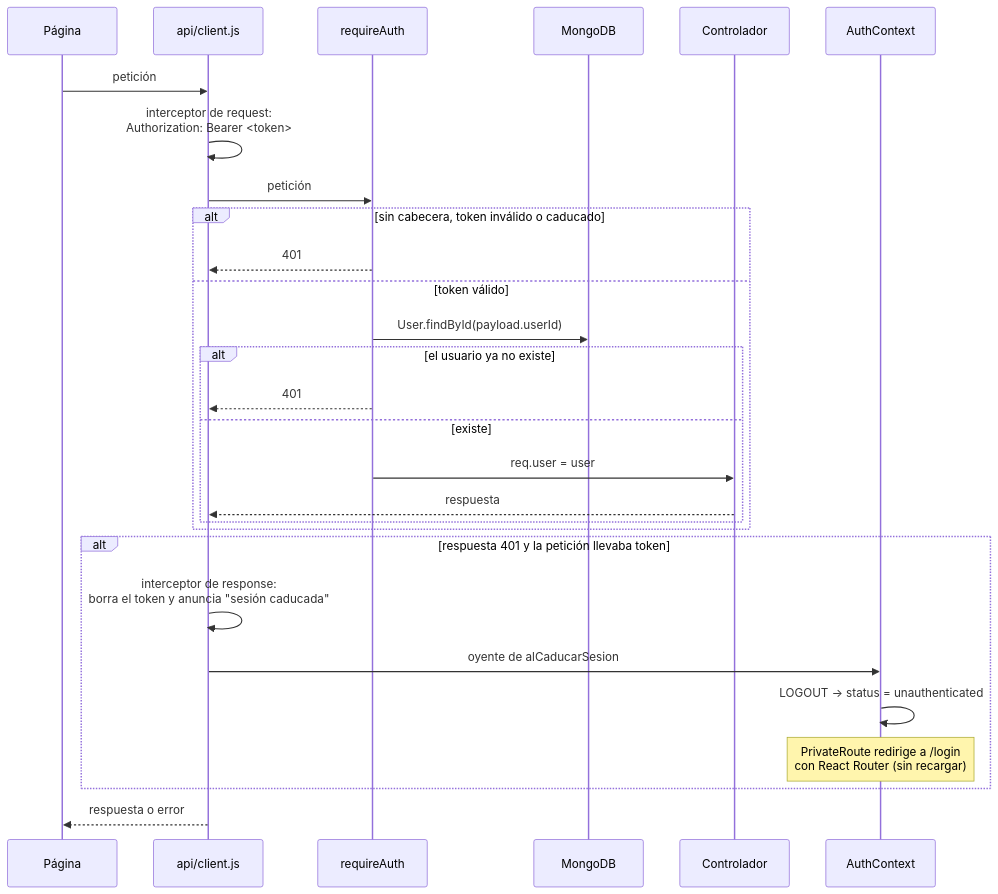
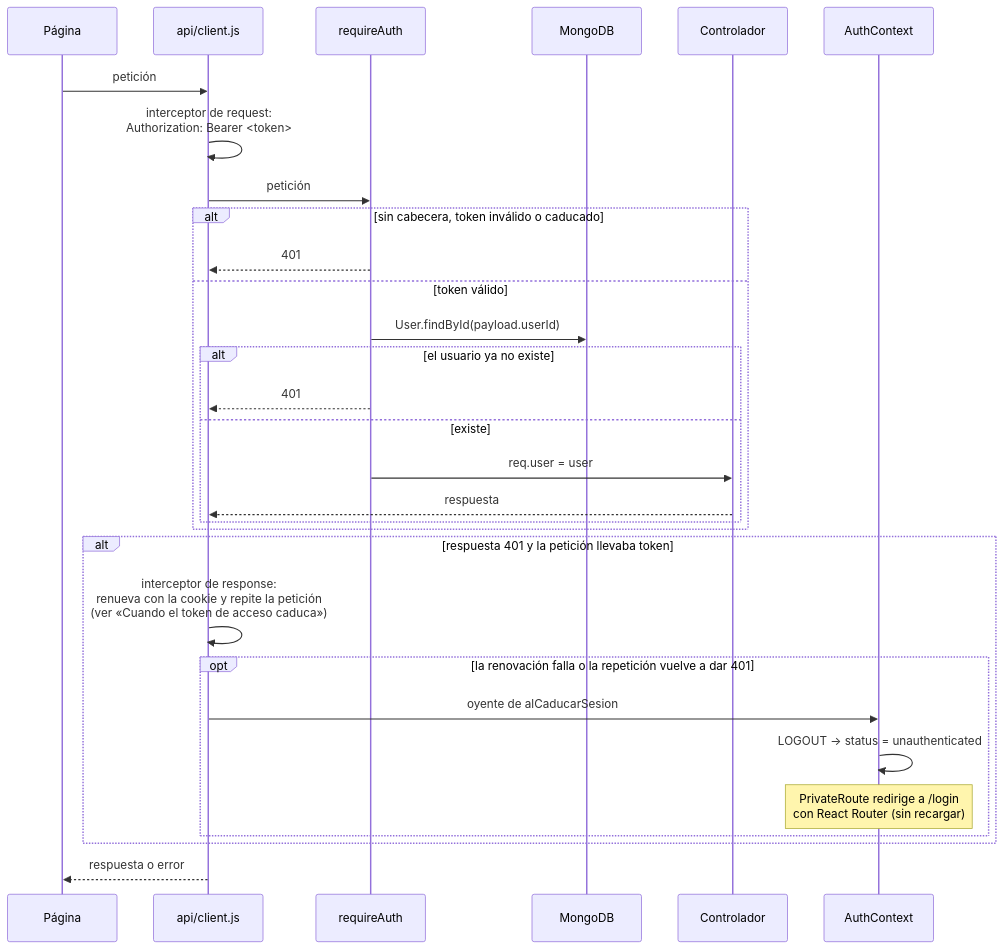
The third of 6 diagrams in docs/auth.md (daviddhernandez2/yieldfit), drawn with Mermaid before and after one commit. The commit also changed other lines of this file, not shown here.

Commit message:
docs(auth): actualiza los diagramas al token en memoria

````diff
--- a/docs/auth.md
+++ b/docs/auth.md
@@ -83,31 +83,33 @@
 ```mermaid
 sequenceDiagram
     participant P as Página
     participant AX as api/client.js
     participant RA as requireAuth
     participant DB as MongoDB
     participant C as Controlador
     participant CTX as AuthContext
 
     P->>AX: petición
     AX->>AX: interceptor de request:<br/>Authorization: Bearer <token>
     AX->>RA: petición
     alt sin cabecera, token inválido o caducado
         RA-->>AX: 401
     else token válido
         RA->>DB: User.findById(payload.userId)
         alt el usuario ya no existe
             RA-->>AX: 401
         else existe
             RA->>C: req.user = user
             C-->>AX: respuesta
         end
     end
     alt respuesta 401 y la petición llevaba token
-        AX->>AX: interceptor de response:<br/>borra el token y anuncia "sesión caducada"
-        AX->>CTX: oyente de alCaducarSesion
-        CTX->>CTX: LOGOUT → status = unauthenticated
-        Note over CTX: PrivateRoute redirige a /login<br/>con React Router (sin recargar)
+        AX->>AX: interceptor de response:<br/>renueva con la cookie y repite la petición<br/>(ver «Cuando el token de acceso caduca»)
+        opt la renovación falla o la repetición vuelve a dar 401
+            AX->>CTX: oyente de alCaducarSesion
+            CTX->>CTX: LOGOUT → status = unauthenticated
+            Note over CTX: PrivateRoute redirige a /login<br/>con React Router (sin recargar)
+        end
     end
     AX-->>P: respuesta o error
 ```
````
